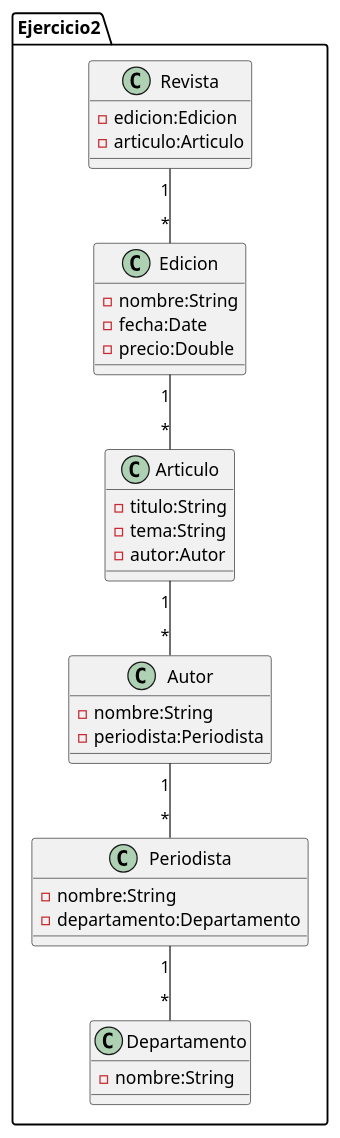
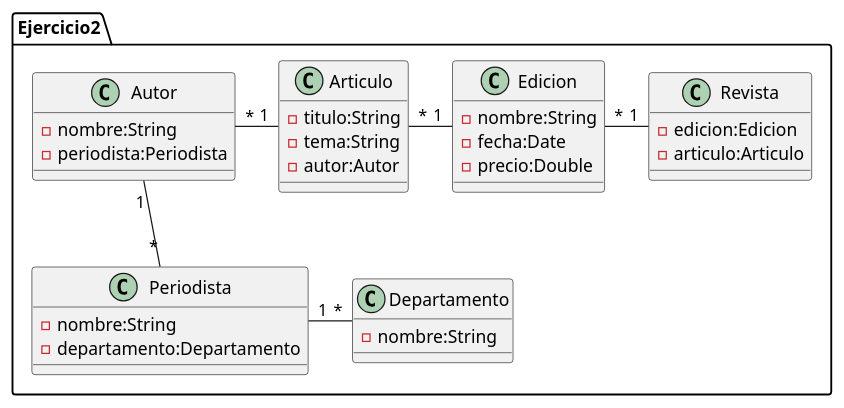
Before and after one commit to SecondPort/DOO1: the diagram in Java/src/Ejercicio2.puml, drawn with PlantUML.

```diff
--- a/Java/src/Ejercicio2.puml
+++ b/Java/src/Ejercicio2.puml
@@ -8,41 +8,41 @@
 @startuml
 package Ejercicio2{
     class Revista{
         -edicion:Edicion
         -articulo:Articulo
     }
 
     class Edicion{
         -nombre:String
         -fecha:Date
         -precio:Double
     }
 
     class Articulo{
         -titulo:String
         -tema:String
         -autor:Autor
     }
 
     class Autor{
         -nombre:String
         -periodista:Periodista
     }
 
     class Periodista{
         -nombre:String
         -departamento:Departamento
     }
 
     class Departamento{
         -nombre:String
     }
 }
 
-Revista "1" -- "*" Edicion
-Edicion "1" -- "*" Articulo
-Articulo "1" -- "*" Autor
-Autor "1" -- "*" Periodista
-Periodista "1" -- "*" Departamento
+Revista "1" -left- "*" Edicion
+Edicion "1" -left- "*" Articulo
+Articulo "1" -left- "*" Autor
+Autor "1" -down- "*" Periodista
+Periodista "1" -right- "*" Departamento
 
 @enduml
```
